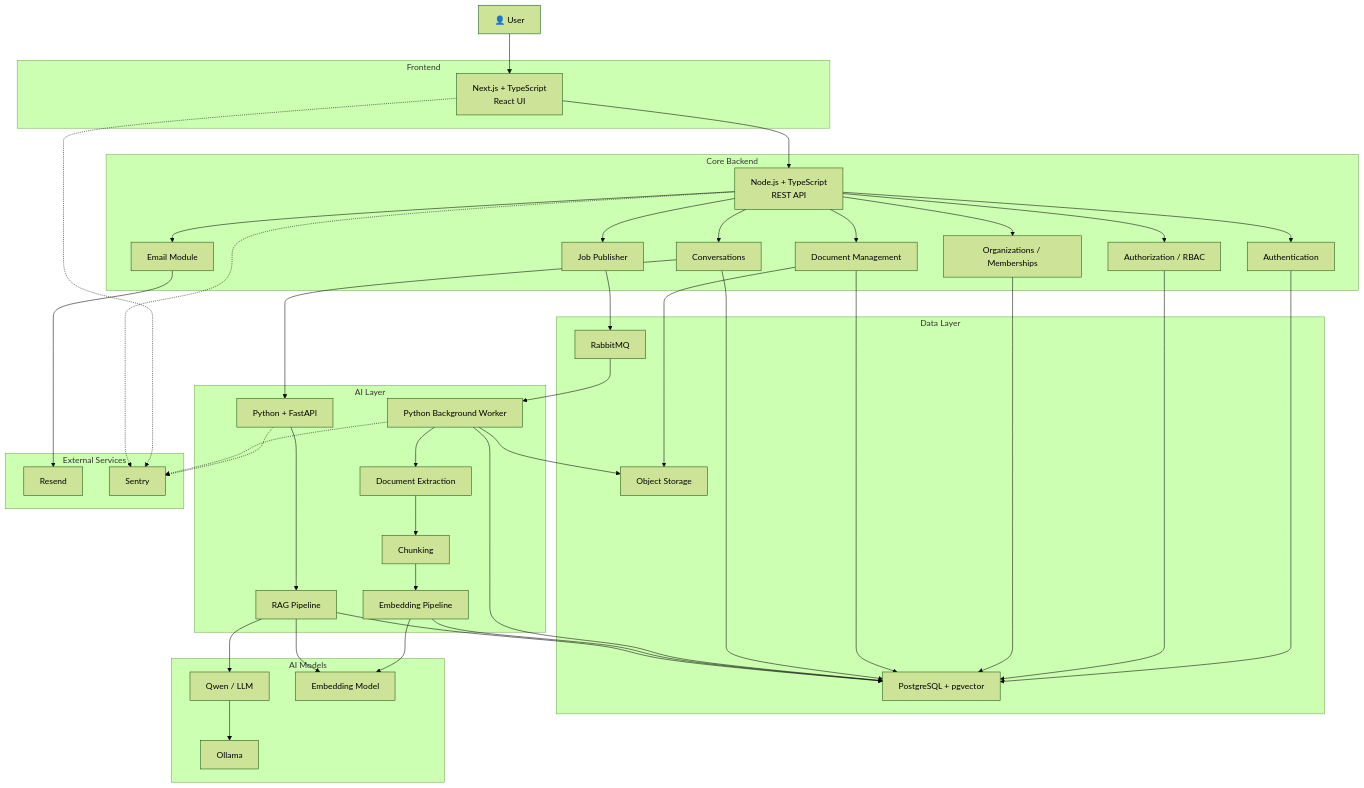
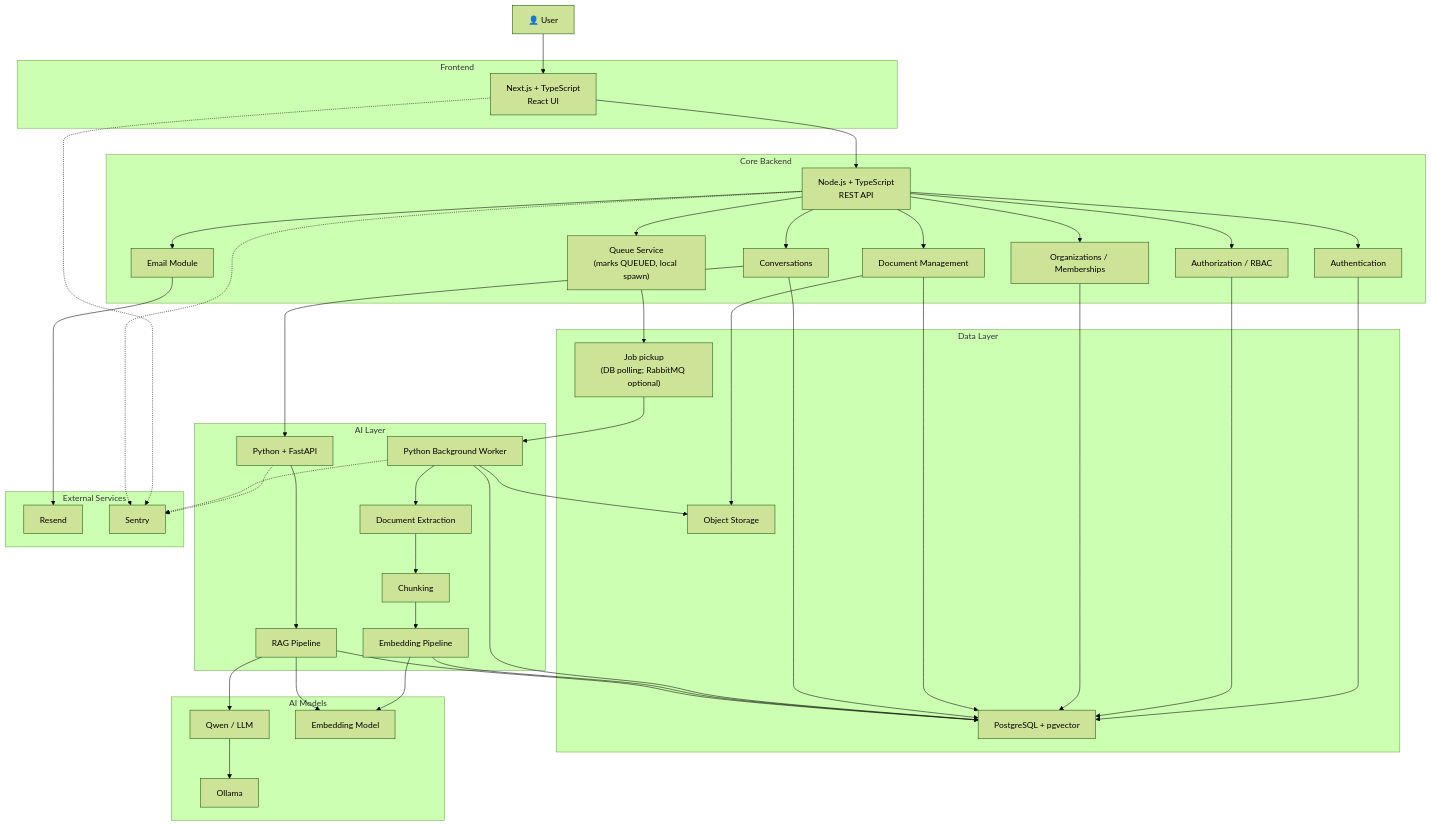
One commit to MohsinAli-2000/AI-Powered-Workspace changed the diagram in README.md. Above: the diagram before and after it, drawn with Mermaid (forest theme). The commit also changed other lines of this file and 9 other files, not shown here.

```diff
--- a/README.md
+++ b/README.md
@@ -851,7 +841,7 @@
         ORG["Organizations / Memberships"]
         DOC["Document Management"]
         CHAT["Conversations"]
-        JOB["Job Publisher"]
+        JOB["Queue Service<br/>(marks QUEUED, local spawn)"]
         EMAIL["Email Module"]
 
         API --> AUTH
@@ -865,7 +855,7 @@
 
     subgraph DATA["Data Layer"]
         DB["PostgreSQL + pgvector"]
-        QUEUE["RabbitMQ"]
+        QUEUE["Job pickup<br/>(DB polling; RabbitMQ optional)"]
         STORAGE["Object Storage"]
     end
 
```
